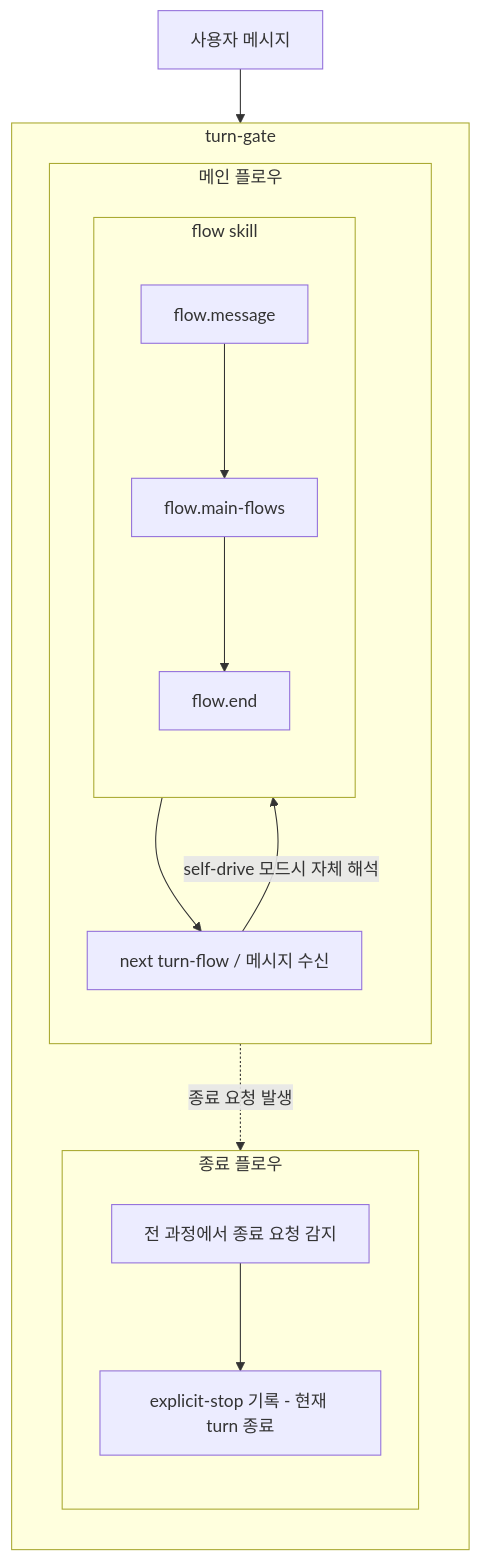
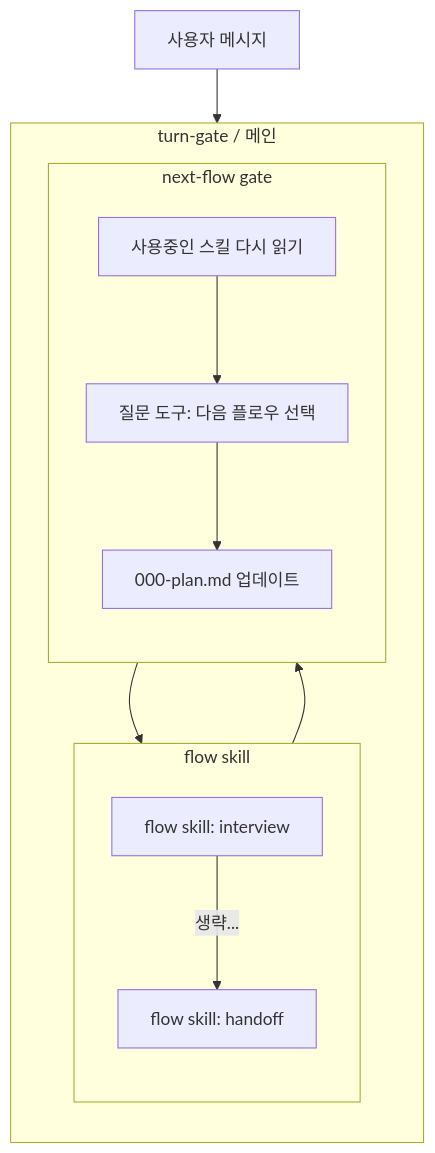
The first of 2 diagrams in src/loop-kit-dev/specs/skills/turn-gate/intent.md (opnay/agent-plugins), drawn with Mermaid before and after one commit. The commit also changed other lines of this file and 25 other files, not shown here.

First line of the commit message:
docs: align turn-gate flow graph with next-flow gate

````diff
--- a/src/loop-kit-dev/specs/skills/turn-gate/intent.md
+++ b/src/loop-kit-dev/specs/skills/turn-gate/intent.md
@@ -3,35 +3,27 @@
 ```mermaid
 graph TD
-  START[사용자 메시지] --> TG
+  START[사용자 메시지] --> FLOWGROUP
 
-  subgraph TG[turn-gate]
+  subgraph TG[turn-gate / 메인]
     direction TB
-    subgraph MAIN[메인 플로우]
+    subgraph FLOWGROUP[flow skill]
       direction TB
-      subgraph FLOW[flow skill]
-        direction TB
-        FM[flow.message]
-        FMF[flow.main-flows]
-        FE[flow.end]
+      FLOW[flow skill: interview]
+      HANDOFF[flow skill: handoff]
 
-        FM --> FMF
-        FMF --> FE
-      end
+      FLOW -->|생략...| HANDOFF
+    end
+    subgraph QR[next-flow gate]
+      direction TB
+      SKILLREAD[사용중인 스킬 다시 읽기]
+      ASK[질문 도구: 다음 플로우 선택]
+      PLAN[000-plan.md 업데이트]
 
-      NEXT[next turn-flow / 메시지 수신]
-
-      FLOW --> NEXT
-      NEXT -->|self-drive 모드시 자체 해석| FLOW
+      SKILLREAD --> ASK
+      ASK --> PLAN
     end
 
-    subgraph STOPFLOW[종료 플로우]
-      direction TB
-      STOPCHECK[전 과정에서 종료 요청 감지]
-      STOP[explicit-stop 기록 - 현재 turn 종료]
-
-      STOPCHECK --> STOP
-    end
-
-    MAIN -. 종료 요청 발생 .-> STOPCHECK
+    HANDOFF --> SKILLREAD
+    PLAN --> FLOW
   end
 ```
````
